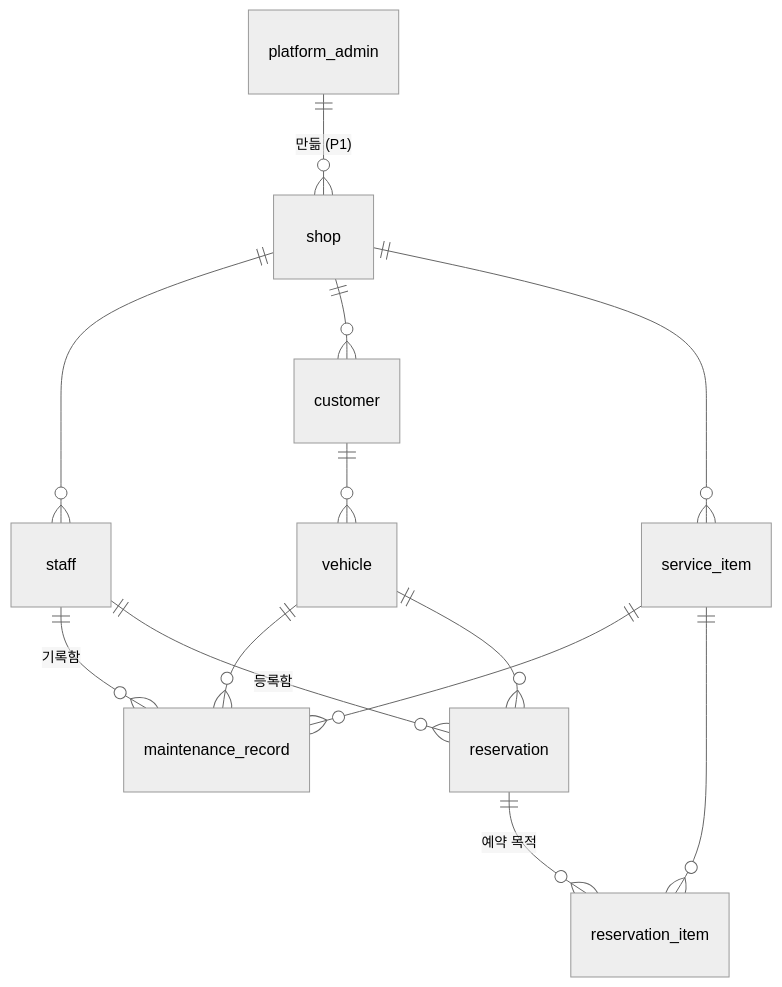
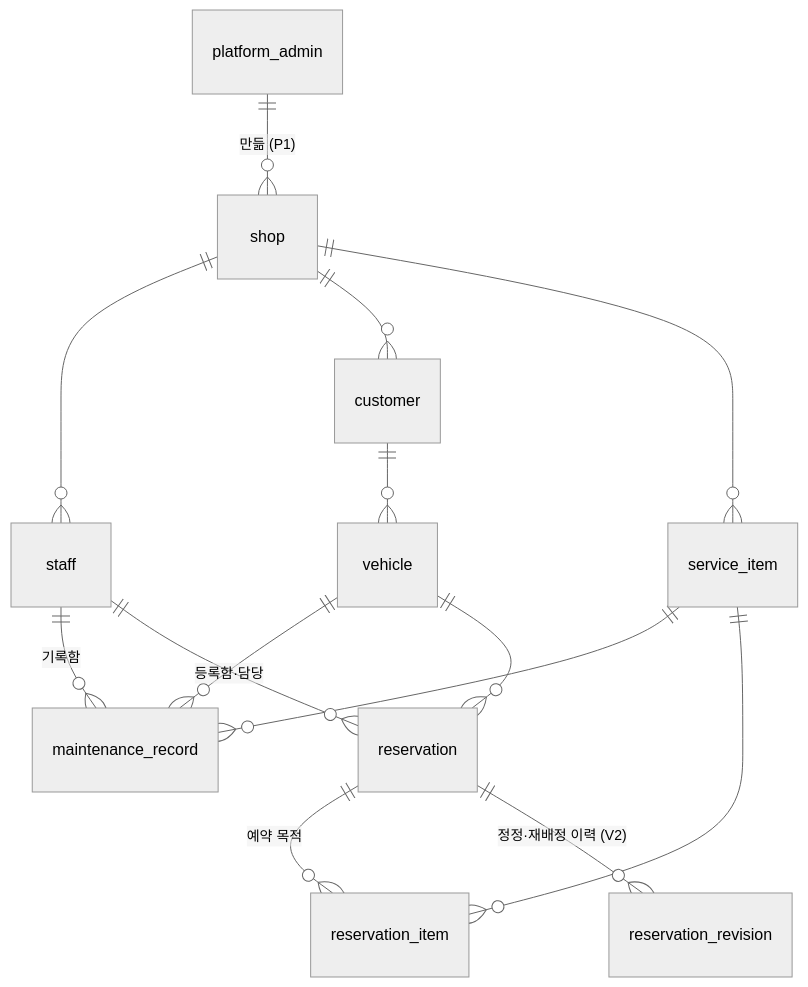
The diagram in docs/07_data_ERD_DB설계서.md (OneMonthproJect/chagok-docs), drawn with Mermaid (neutral theme) before and after one commit. The commit also changed other lines of this file and 14 other files, not shown here.

````diff
--- a/docs/07_data_ERD_DB설계서.md
+++ b/docs/07_data_ERD_DB설계서.md
@@ -26,15 +26,16 @@
 ```mermaid
 erDiagram
   platform_admin ||--o{ shop : "만듦 (P1)"
   shop ||--o{ staff : ""
   shop ||--o{ customer : ""
   shop ||--o{ service_item : ""
   customer ||--o{ vehicle : ""
   vehicle ||--o{ maintenance_record : ""
   service_item ||--o{ maintenance_record : ""
   staff ||--o{ maintenance_record : "기록함"
   vehicle ||--o{ reservation : ""
-  staff ||--o{ reservation : "등록함"
+  staff ||--o{ reservation : "등록함·담당"
   reservation ||--o{ reservation_item : "예약 목적"
   service_item ||--o{ reservation_item : ""
+  reservation ||--o{ reservation_revision : "정정·재배정 이력 (V2)"
 ```
````
